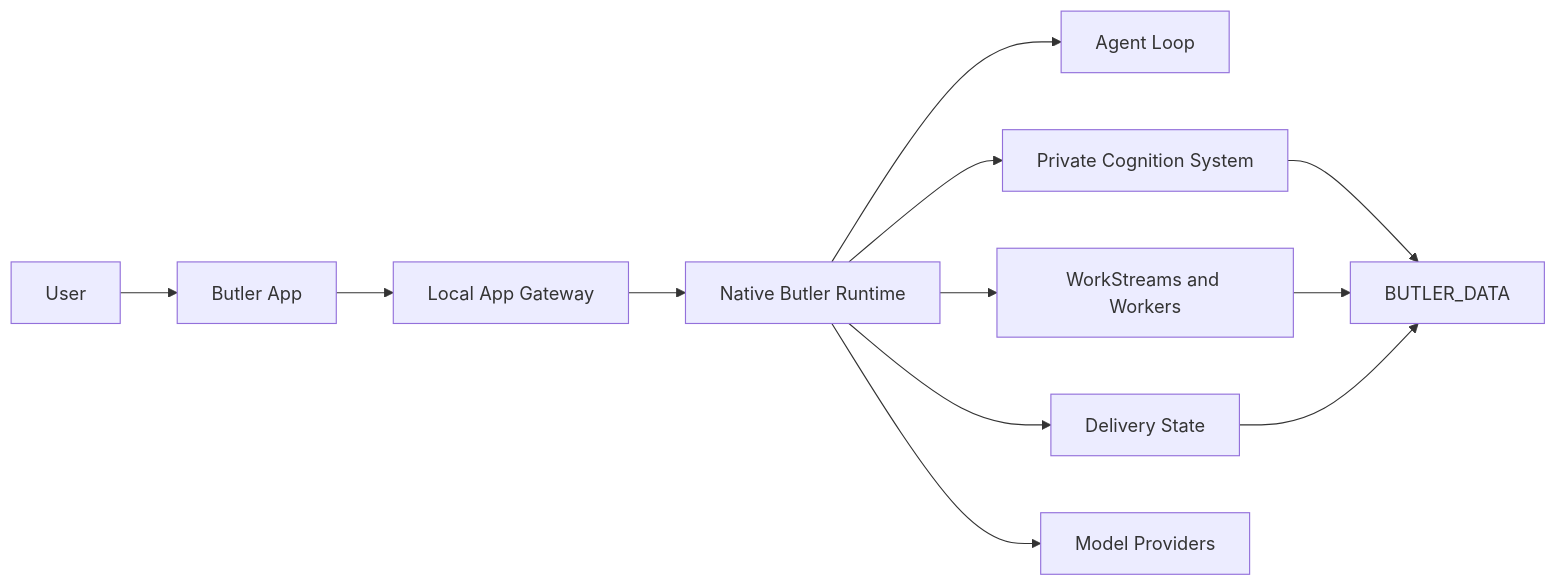
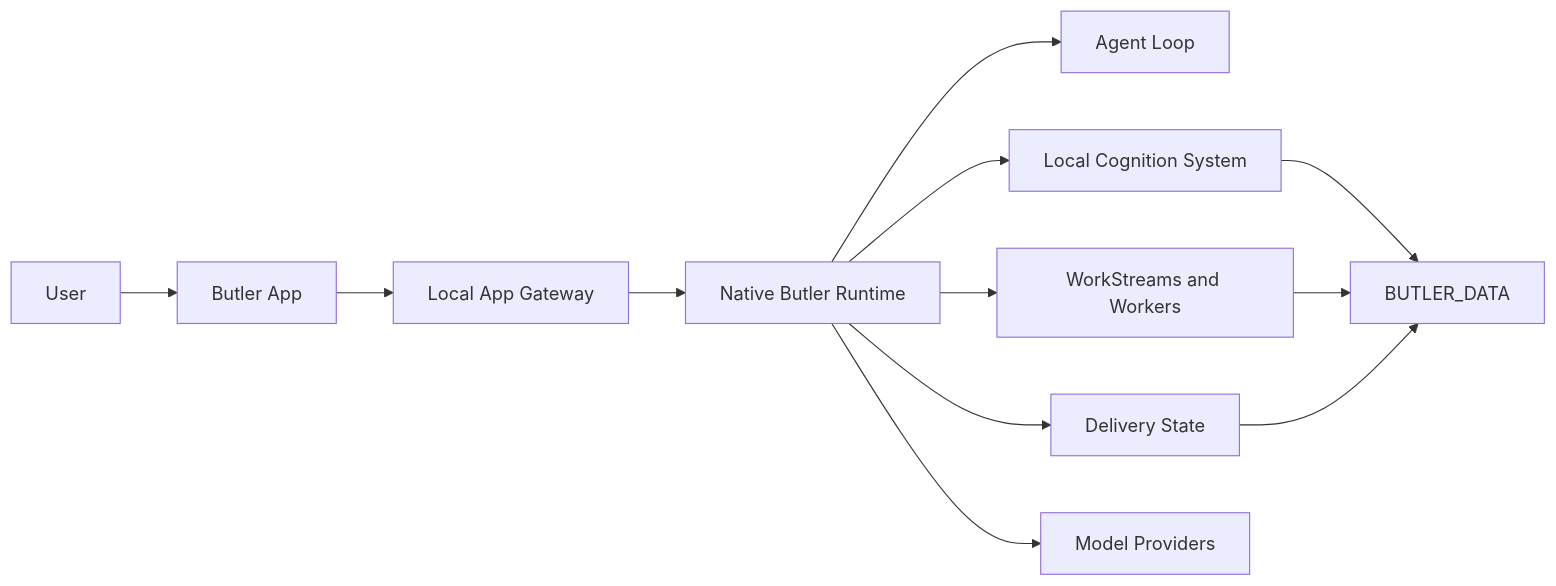
The diagram in README.md (Hexpy-Games/butler), drawn with Mermaid before and after one commit. The commit also changed other lines of this file and 10 other files, not shown here.

````diff
--- a/README.md
+++ b/README.md
@@ -113,16 +114,16 @@
 ```mermaid
 flowchart LR
   User[User] --> App[Butler App]
   App --> Gateway[Local App Gateway]
 
   Gateway --> Runtime[Native Butler Runtime]
   Runtime --> Loop[Agent Loop]
-  Runtime --> Cognition[Private Cognition System]
+  Runtime --> Cognition[Local Cognition System]
   Runtime --> Work[WorkStreams and Workers]
   Runtime --> Delivery[Delivery State]
   Runtime --> Providers[Model Providers]
 
   Cognition --> Data[BUTLER_DATA]
   Work --> Data
   Delivery --> Data
 ```
````
